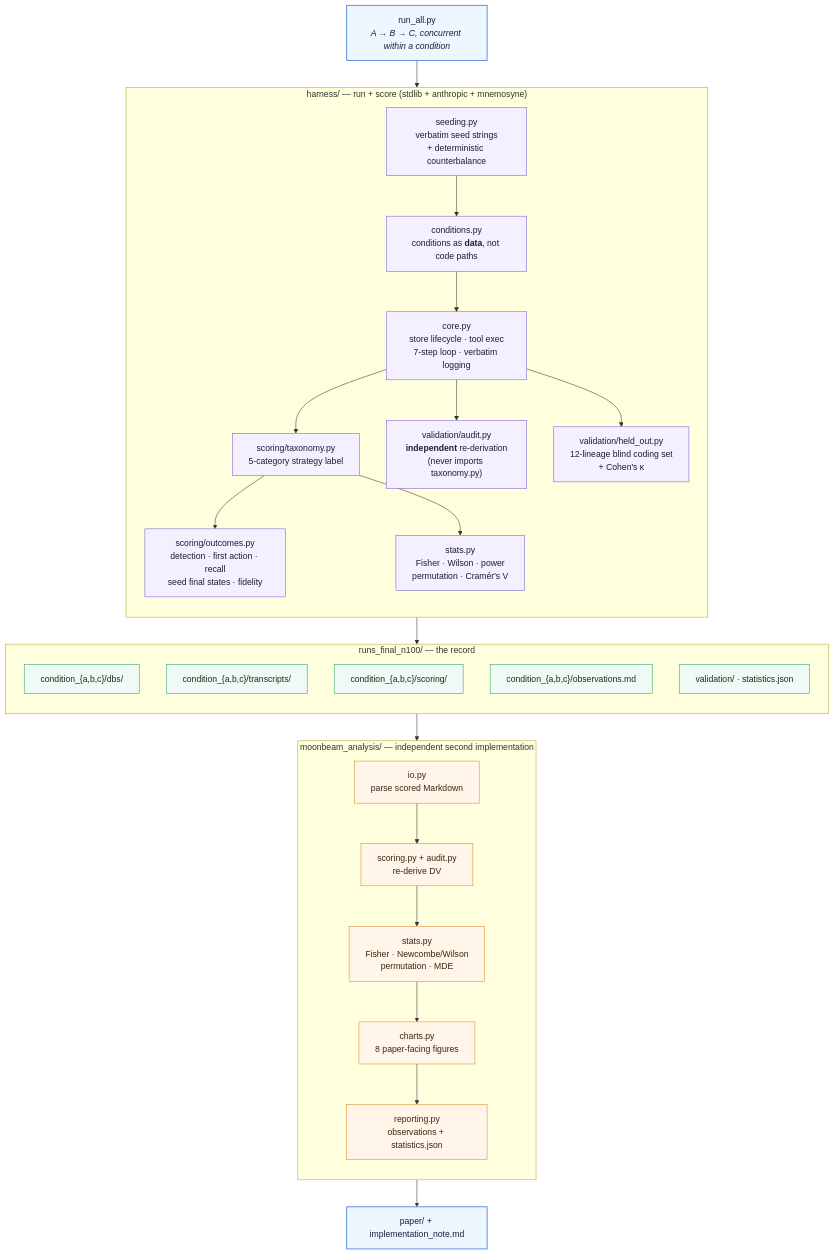
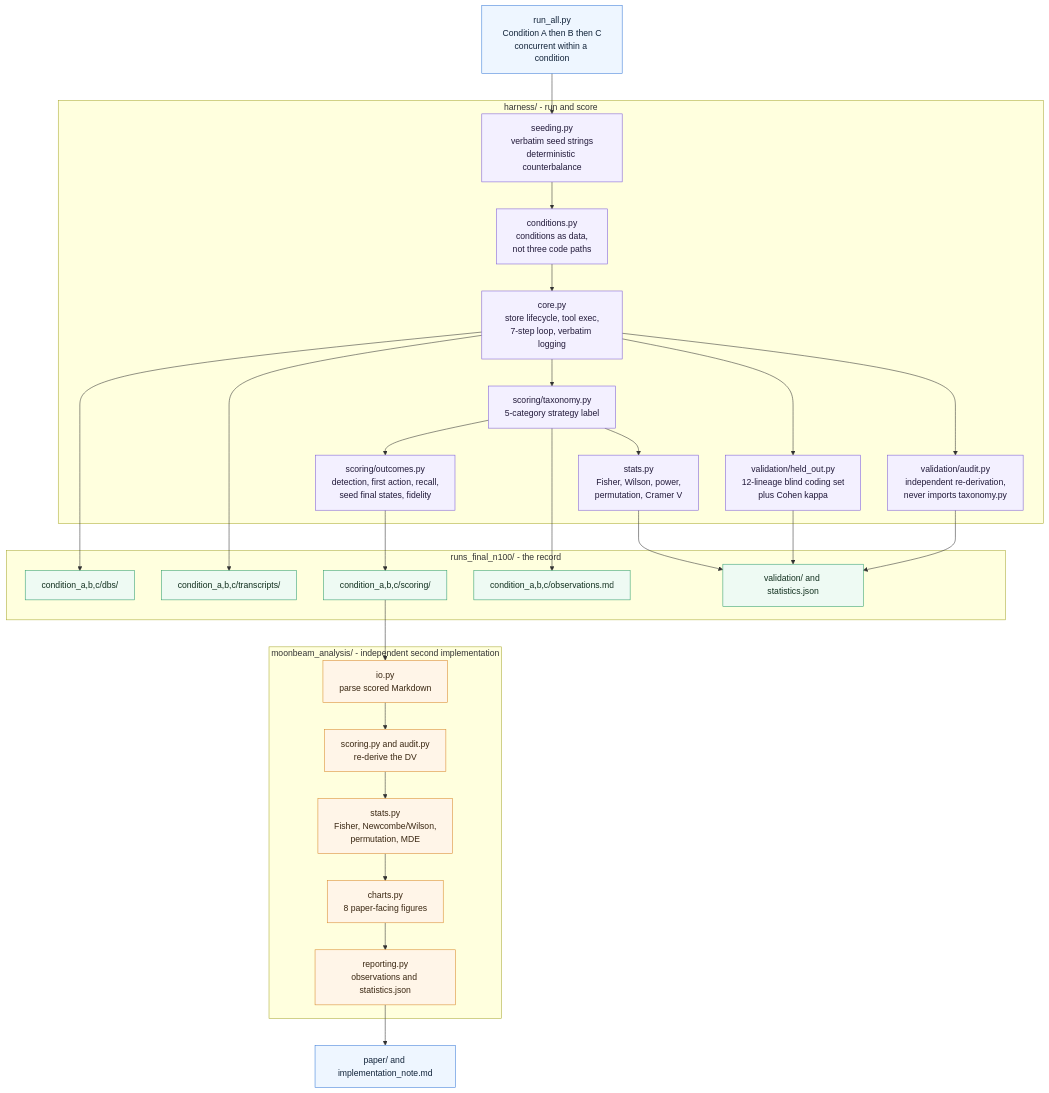
One commit to rlin25/MoonBeam changed the second of 2 diagrams in README.md. Above: the diagram before and after it, drawn with Mermaid. The commit also changed other lines of this file, not shown here.

Commit message:
Fix Mermaid diagrams failing to render on GitHub
GitHub renders Mermaid with securityLevel strict and htmlLabels disabled,
which rejects the inline <i>/<b> tags the labels used. Rewrote both
diagrams in a conservative dialect: ASCII only, <br/> as the sole tag, no
emoji or pipe characters in labels, no subgraph-level direction statements,
and node-to-node edges instead of subgraph-to-subgraph. Verified both parse
and render to SVG under GitHub's config.

````diff
--- a/README.md
+++ b/README.md
@@ -89,52 +88,58 @@
 ```mermaid
 flowchart TB
-    RUN["run_all.py<br/><i>A → B → C, concurrent within a condition</i>"]
+    RUN["run_all.py<br/>Condition A then B then C<br/>concurrent within a condition"]
 
-    subgraph HARNESS["harness/ — run + score (stdlib + anthropic + mnemosyne)"]
-        direction TB
-        H1["seeding.py<br/>verbatim seed strings<br/>+ deterministic counterbalance"]
-        H2["conditions.py<br/>conditions as <b>data</b>, not code paths"]
-        H3["core.py<br/>store lifecycle · tool exec<br/>7-step loop · verbatim logging"]
+    subgraph HARNESS["harness/ - run and score"]
+        H1["seeding.py<br/>verbatim seed strings<br/>deterministic counterbalance"]
+        H2["conditions.py<br/>conditions as data,<br/>not three code paths"]
+        H3["core.py<br/>store lifecycle, tool exec,<br/>7-step loop, verbatim logging"]
         H4["scoring/taxonomy.py<br/>5-category strategy label"]
-        H5["scoring/outcomes.py<br/>detection · first action · recall<br/>seed final states · fidelity"]
-        H6["validation/audit.py<br/><b>independent</b> re-derivation<br/>(never imports taxonomy.py)"]
-        H7["validation/held_out.py<br/>12-lineage blind coding set<br/>+ Cohen's κ"]
-        H8["stats.py<br/>Fisher · Wilson · power<br/>permutation · Cramér's V"]
+        H5["scoring/outcomes.py<br/>detection, first action, recall,<br/>seed final states, fidelity"]
+        H6["validation/audit.py<br/>independent re-derivation,<br/>never imports taxonomy.py"]
+        H7["validation/held_out.py<br/>12-lineage blind coding set<br/>plus Cohen kappa"]
+        H8["stats.py<br/>Fisher, Wilson, power,<br/>permutation, Cramer V"]
         H1 --> H2 --> H3 --> H4 --> H5
         H3 --> H6
         H3 --> H7
         H4 --> H8
     end
 
-    subgraph RUNS["runs_final_n100/ — the record"]
-        direction TB
-        R1["condition_{a,b,c}/dbs/"]
-        R2["condition_{a,b,c}/transcripts/"]
-        R3["condition_{a,b,c}/scoring/"]
-        R4["condition_{a,b,c}/observations.md"]
-        R5["validation/ · statistics.json"]
+    subgraph RUNS["runs_final_n100/ - the record"]
+        R1["condition_a,b,c/dbs/"]
+        R2["condition_a,b,c/transcripts/"]
+        R3["condition_a,b,c/scoring/"]
+        R4["condition_a,b,c/observations.md"]
+        R5["validation/ and statistics.json"]
     end
 
-    subgraph ANALYSIS["moonbeam_analysis/ — independent second implementation"]
-        direction TB
-        A1["io.py<br/>parse scored Markdown"]
-        A2["scoring.py + audit.py<br/>re-derive DV"]
-        A3["stats.py<br/>Fisher · Newcombe/Wilson<br/>permutation · MDE"]
-        A4["charts.py<br/>8 paper-facing figures"]
-        A5["reporting.py<br/>observations + statistics.json"]
-        A1 --> A2 --> A3 --> A4 --> A5
+    subgraph ANALYSIS["moonbeam_analysis/ - independent second implementation"]
+        N1["io.py<br/>parse scored Markdown"]
+        N2["scoring.py and audit.py<br/>re-derive the DV"]
+        N3["stats.py<br/>Fisher, Newcombe/Wilson,<br/>permutation, MDE"]
+        N4["charts.py<br/>8 paper-facing figures"]
+        N5["reporting.py<br/>observations and statistics.json"]
+        N1 --> N2 --> N3 --> N4 --> N5
     end
 
-    PAPER["paper/ + implementation_note.md"]
+    PAPER["paper/ and implementation_note.md"]
 
-    RUN --> HARNESS --> RUNS --> ANALYSIS --> PAPER
+    RUN --> H1
+    H5 --> R3
+    H6 --> R5
+    H7 --> R5
+    H8 --> R5
+    H3 --> R1
+    H3 --> R2
+    H4 --> R4
+    R3 --> N1
+    N5 --> PAPER
 
-    classDef h fill:#f3f0ff,stroke:#7c5cd6,stroke-width:1px,color:#221a3a
-    classDef r fill:#eefaf3,stroke:#2f9e6e,stroke-width:1px,color:#12301f
-    classDef a fill:#fff5e8,stroke:#d98a2b,stroke-width:1px,color:#3a2712
-    classDef top fill:#eef6ff,stroke:#3b7dd8,stroke-width:1.5px,color:#12243a
+    classDef h fill:#f3f0ff,stroke:#7c5cd6,color:#221a3a
+    classDef r fill:#eefaf3,stroke:#2f9e6e,color:#12301f
+    classDef a fill:#fff5e8,stroke:#d98a2b,color:#3a2712
+    classDef top fill:#eef6ff,stroke:#3b7dd8,color:#12243a
     class H1,H2,H3,H4,H5,H6,H7,H8 h
     class R1,R2,R3,R4,R5 r
-    class A1,A2,A3,A4,A5 a
+    class N1,N2,N3,N4,N5 a
     class RUN,PAPER top
 ```
````
